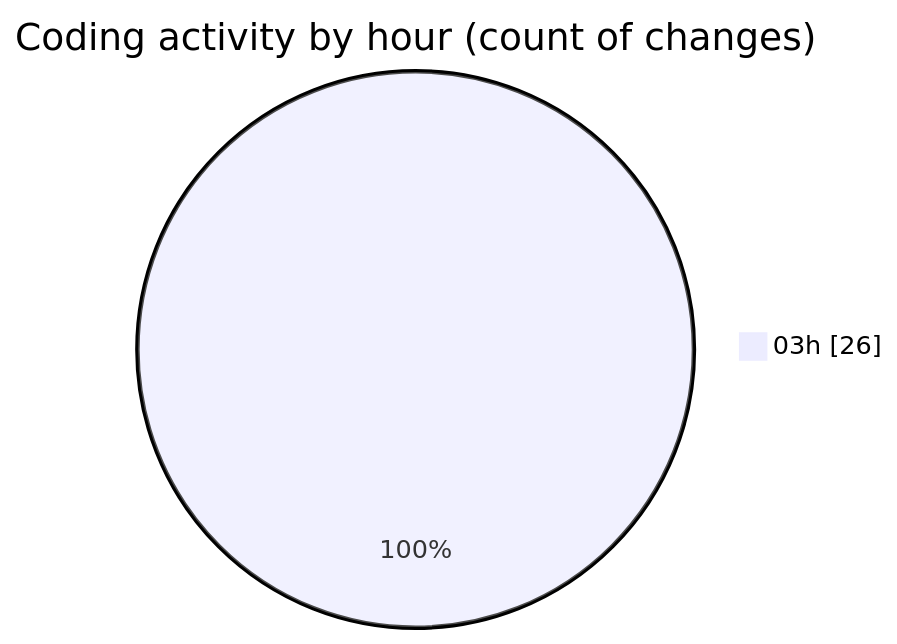
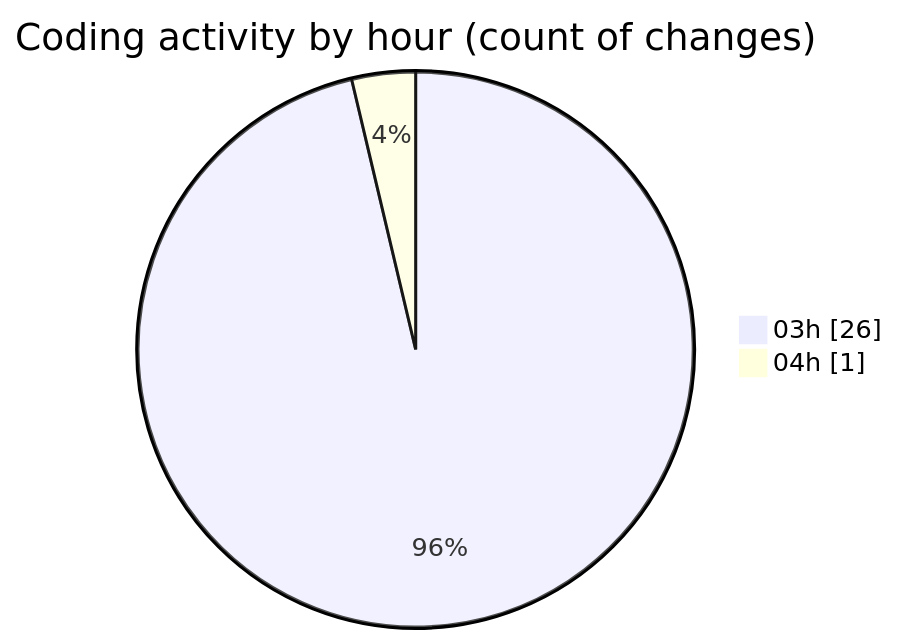
One commit to JenPaints/code-tracking changed the second of 2 diagrams in 2025-06-20/modeljsondesigner/README.md. Above: the diagram before and after it, drawn with Mermaid. The commit also changed other lines of this file and 1 other file, not shown here.

````diff
--- a/2025-06-20/modeljsondesigner/README.md
+++ b/2025-06-20/modeljsondesigner/README.md
@@ -33,5 +35,6 @@
 ```mermaid
 pie showData
 title Coding activity by hour (count of changes)
 "03h" : 26
+"04h" : 1
 ```
````
